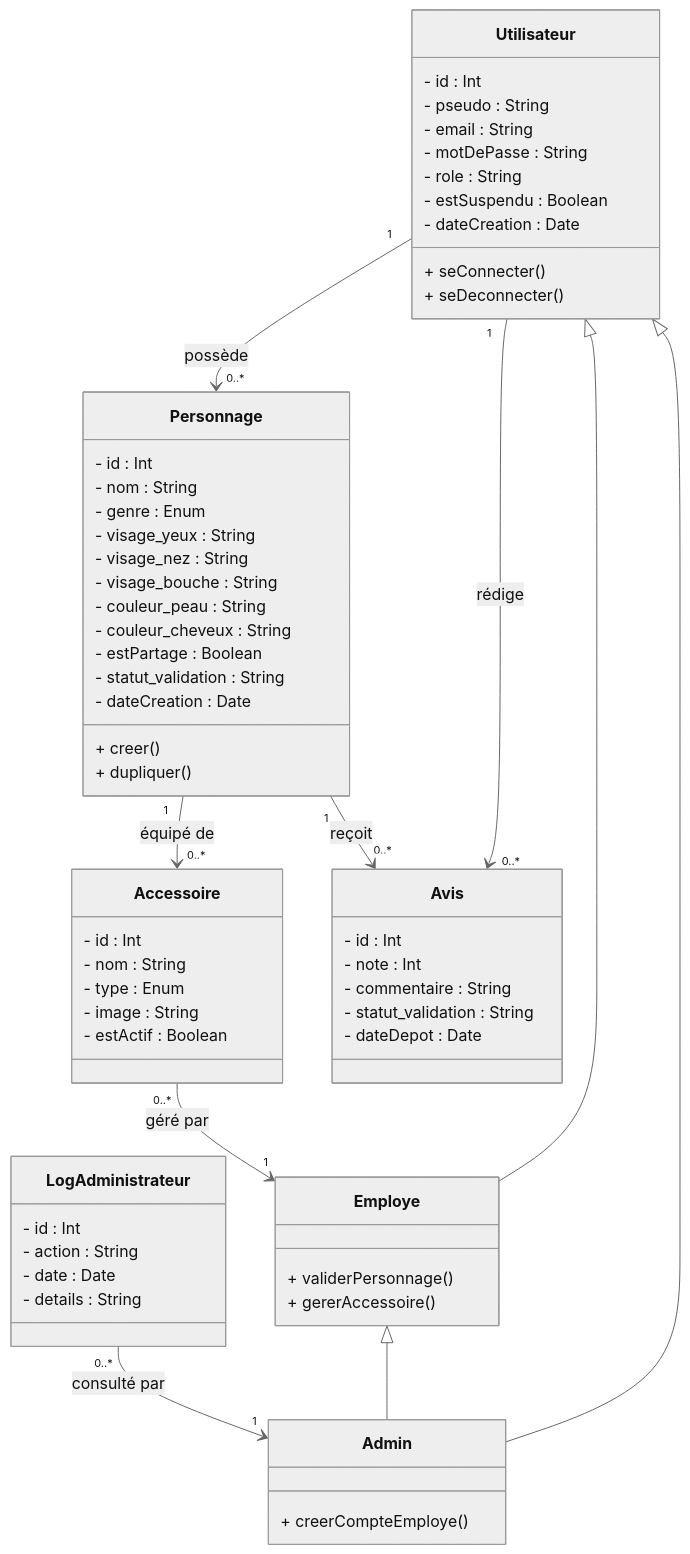
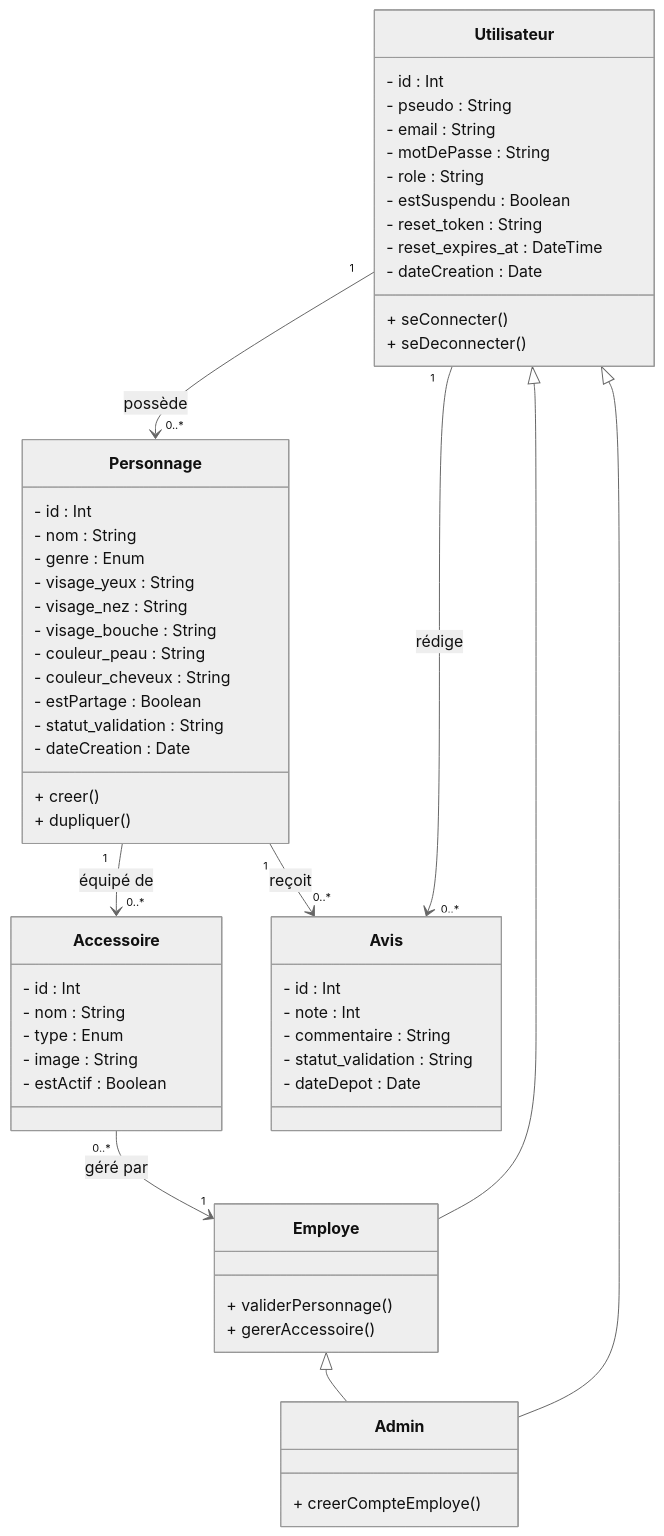
One commit to qunetinL/PixelVerse-Website changed the diagram in docs/Diagrammes/diagramme_classes.mmd. Above: the diagram before and after it, drawn with Mermaid (neutral theme). The commit also changed 4 other files, not shown here.

```diff
--- a/docs/Diagrammes/diagramme_classes.mmd
+++ b/docs/Diagrammes/diagramme_classes.mmd
@@ -1,74 +1,77 @@
 classDiagram
     %% Classes principales
     class Utilisateur {
         - id : Int
         - pseudo : String
         - email : String
         - motDePasse : String
         - role : String
         - estSuspendu : Boolean
+        - reset_token : String
+        - reset_expires_at : DateTime
         - dateCreation : Date
         + seConnecter()
         + seDeconnecter()
     }
 
     class Personnage {
         - id : Int
         - nom : String
         - genre : Enum
         - visage_yeux : String
         - visage_nez : String
         - visage_bouche : String
         - couleur_peau : String
         - couleur_cheveux : String
         - estPartage : Boolean
         - statut_validation : String
         - dateCreation : Date
         + creer()
         + dupliquer()
     }
 
     class Accessoire {
         - id : Int
         - nom : String
         - type : Enum
         - image : String
         - estActif : Boolean
     }
 
     class Avis {
         - id : Int
         - note : Int
         - commentaire : String
         - statut_validation : String
         - dateDepot : Date
     }
 
-    class LogAdministrateur {
-        - id : Int
-        - action : String
-        - date : Date
-        - details : String
-    }
+    %% LogAdministrateur est géré dans MongoDB (NoSQL)
+    %% class LogAdministrateur {
+    %%     - id : String
+    %%     - action : String
+    %%     - date : Date
+    %%     - details : JSON
+    %% }
 
     class Employe {
         + validerPersonnage()
         + gererAccessoire()
     }
 
     class Admin {
         + creerCompteEmploye()
     }
 
     %% Héritage
     Utilisateur <|-- Employe
     Utilisateur <|-- Admin
     Employe <|-- Admin
 
     %% Associations
     Utilisateur "1" --> "0..*" Personnage : possède
     Utilisateur "1" --> "0..*" Avis : rédige
     Personnage "1" --> "0..*" Accessoire : équipé de
     Personnage "1" --> "0..*" Avis : reçoit
     Accessoire "0..*" --> "1" Employe : géré par
-    LogAdministrateur "0..*" --> "1" Admin : consulté par
+    %% LogAdministrateur "0..*" --> "1" Admin : consulté par (en NoSQL)
```
